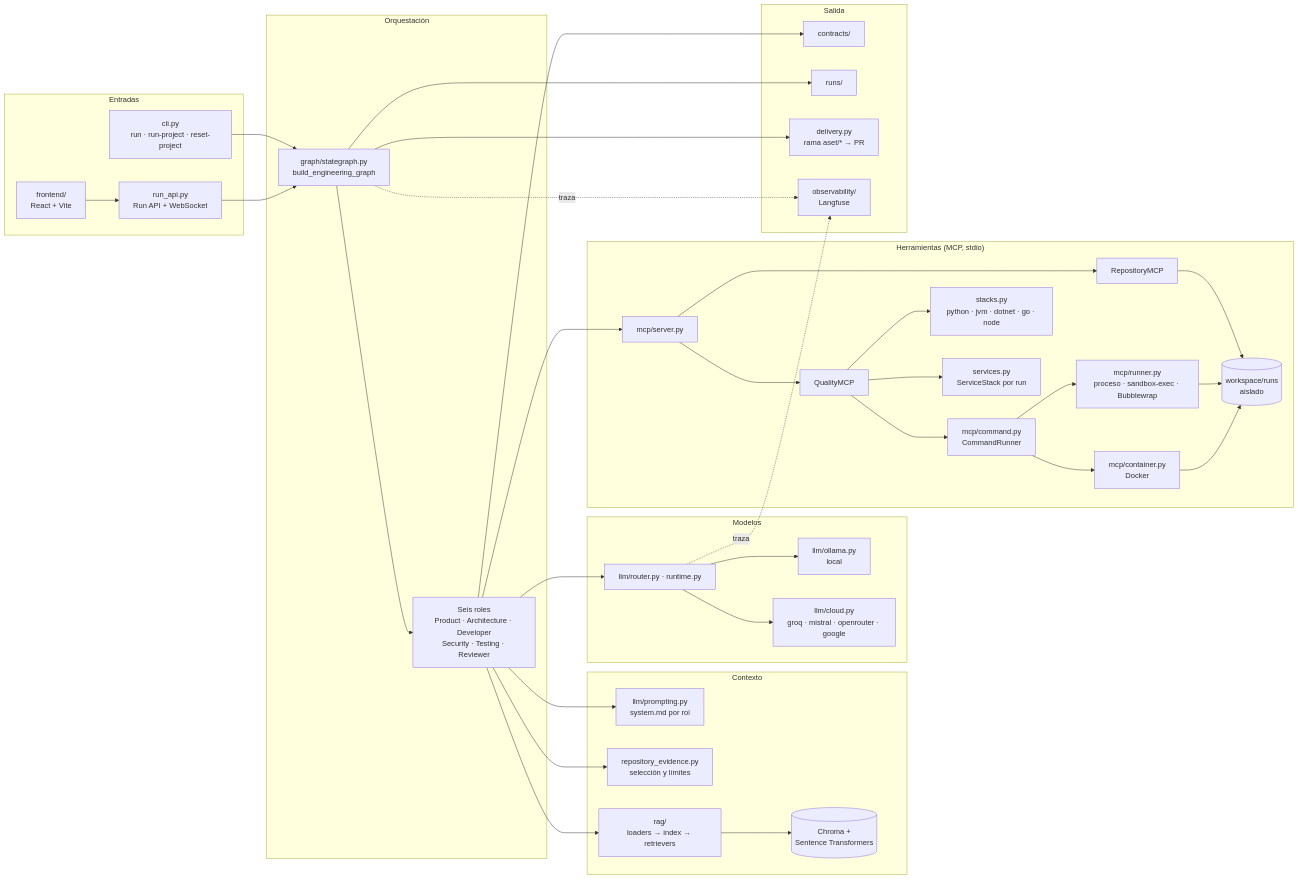
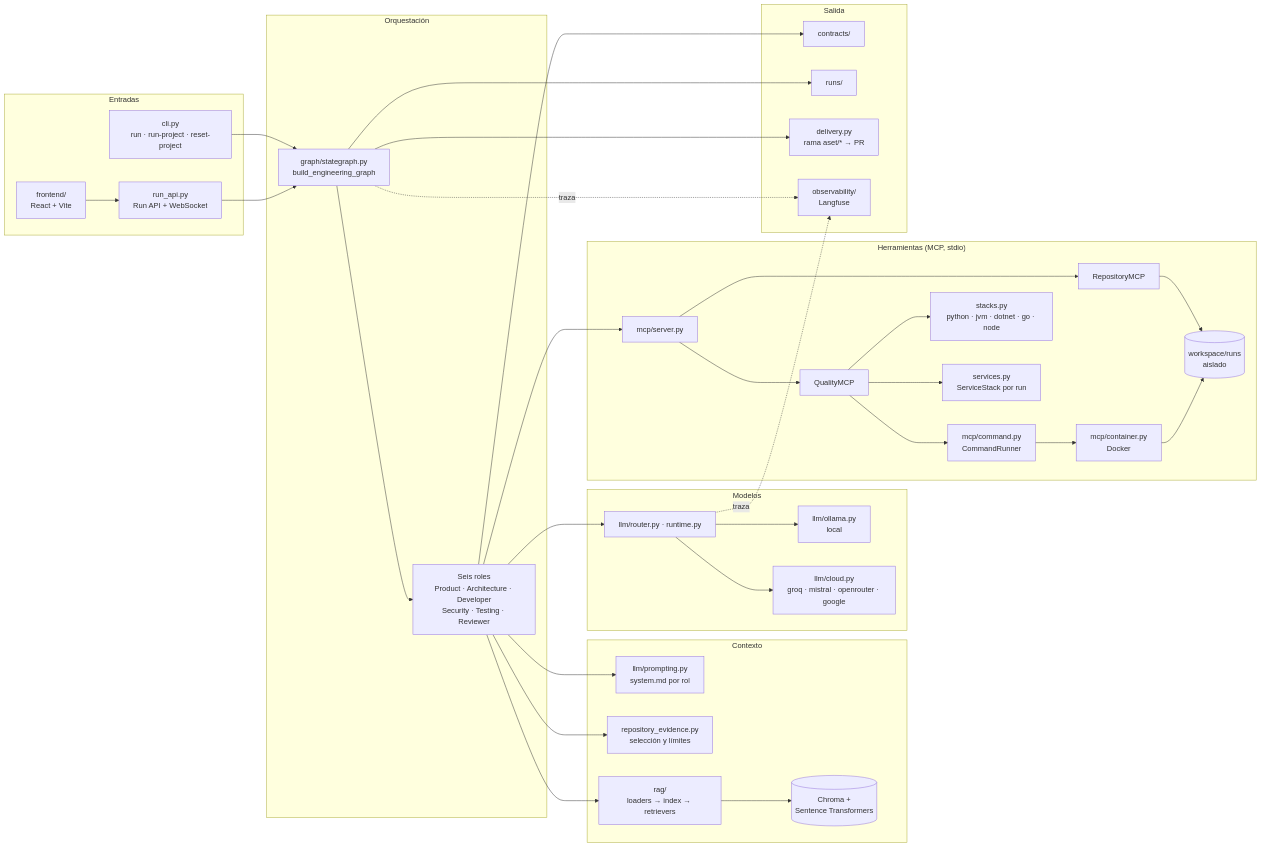
One commit to full-stack-dev-johncastrosanabria/MultiAgent-Software-Engineering-Team. changed the first of 2 diagrams in docs/architecture/overview.md. Above: the diagram before and after it, drawn with Mermaid. The commit also changed other lines of this file and 31 other files, not shown here.

````diff
--- a/docs/architecture/overview.md
+++ b/docs/architecture/overview.md
@@ -9,73 +9,70 @@
 ```mermaid
 flowchart LR
   subgraph EN["Entradas"]
     CLI["cli.py<br/>run · run-project · reset-project"]
     API["run_api.py<br/>Run API + WebSocket"]
     FE["frontend/<br/>React + Vite"]
   end
 
   subgraph OR["Orquestación"]
     G["graph/stategraph.py<br/>build_engineering_graph"]
     AG["Seis roles<br/>Product · Architecture · Developer<br/>Security · Testing · Reviewer"]
   end
 
   subgraph CX["Contexto"]
     PR["llm/prompting.py<br/>system.md por rol"]
     RE["repository_evidence.py<br/>selección y límites"]
     RAG["rag/<br/>loaders → index → retrievers"]
     CH[("Chroma +<br/>Sentence Transformers")]
   end
 
   subgraph MO["Modelos"]
     RT["llm/router.py · runtime.py"]
     OL["llm/ollama.py<br/>local"]
     CL["llm/cloud.py<br/>groq · mistral · openrouter · google"]
   end
 
   subgraph TO["Herramientas (MCP, stdio)"]
     SRV["mcp/server.py"]
     RMCP["RepositoryMCP"]
     QMCP["QualityMCP"]
     CMD["mcp/command.py<br/>CommandRunner"]
-    RUN["mcp/runner.py<br/>proceso · sandbox-exec · Bubblewrap"]
     CONT["mcp/container.py<br/>Docker"]
     SP["stacks.py<br/>python · jvm · dotnet · go · node"]
     SVC["services.py<br/>ServiceStack por run"]
     WS[("workspace/runs<br/>aislado")]
   end
 
   subgraph SA["Salida"]
     CT["contracts/"]
     RS["runs/"]
     DL["delivery.py<br/>rama aset/* → PR"]
     LF["observability/<br/>Langfuse"]
   end
 
   CLI --> G
   API --> G
   FE --> API
   G --> AG
   AG --> PR
   AG --> RE
   AG --> RAG
   RAG --> CH
   AG --> RT
   RT --> OL
   RT --> CL
   AG --> SRV
   SRV --> RMCP
   SRV --> QMCP
   QMCP --> SP
   QMCP --> CMD
   QMCP --> SVC
-  CMD --> RUN
   CMD --> CONT
   RMCP --> WS
-  RUN --> WS
   CONT --> WS
   AG --> CT
   G --> RS
   G --> DL
   G -.traza.-> LF
   RT -.traza.-> LF
 ```
````
